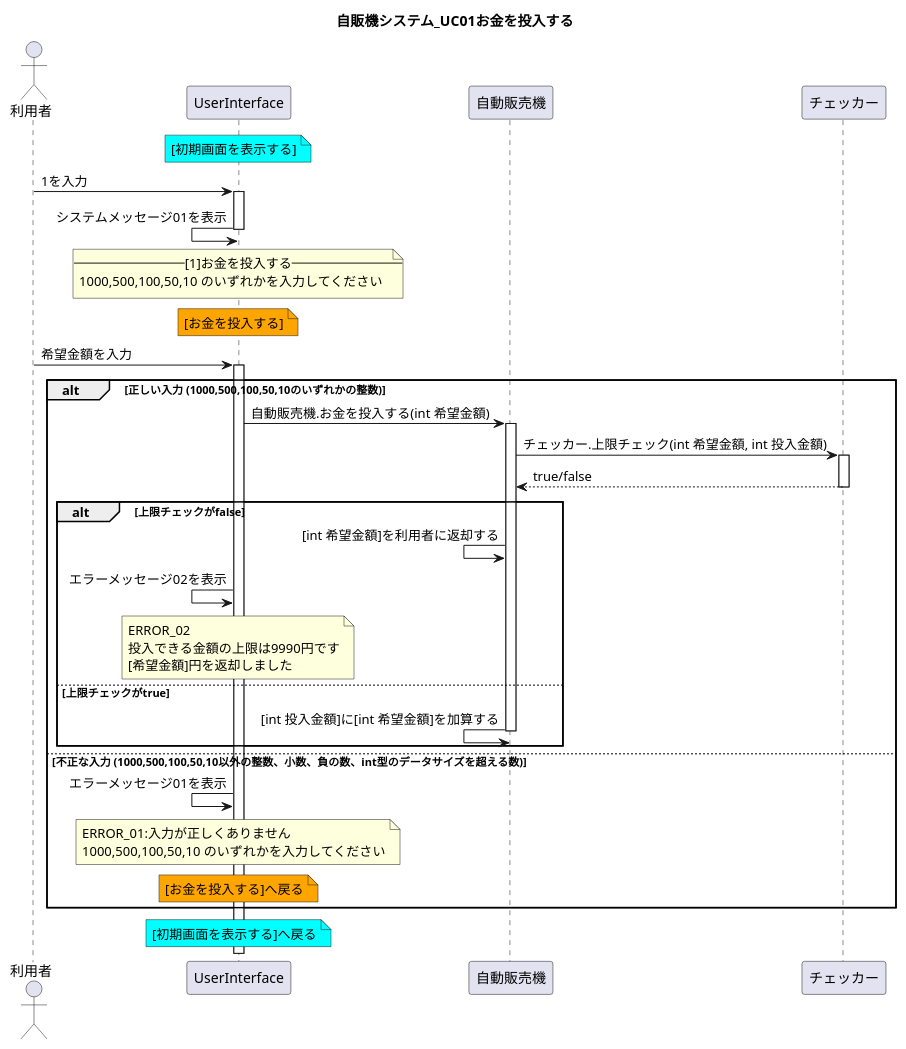
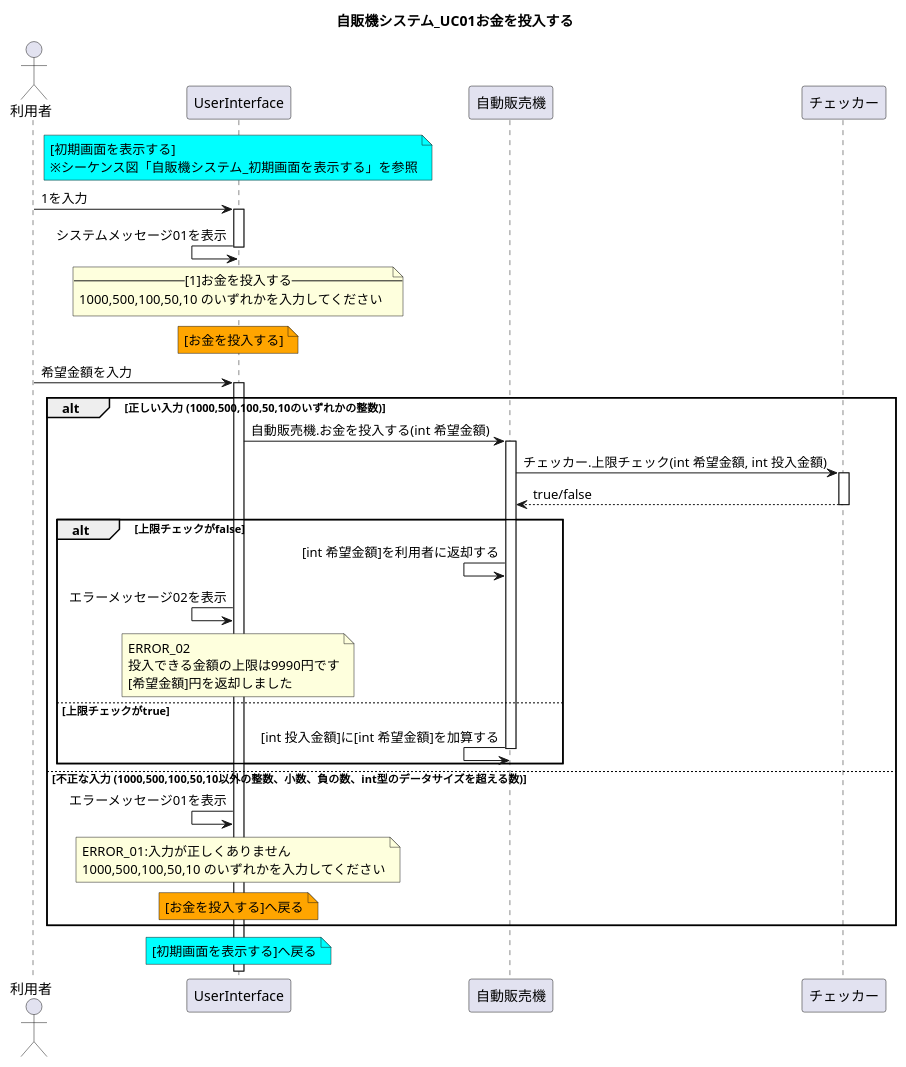
One commit to W-Nakayama-24/VendingMachine_CUI changed the diagram in UML_class_sequence/VendingMachine_sequence01.puml. Above: the diagram before and after it, drawn with PlantUML. The commit also changed 7 other files, not shown here.

First line of the commit message:
FIX classDesign, sequenceDesign

```diff
--- a/UML_class_sequence/VendingMachine_sequence01.puml
+++ b/UML_class_sequence/VendingMachine_sequence01.puml
@@ -1,73 +1,74 @@
 @startuml
 title 自販機システム_UC01お金を投入する
 
 actor 利用者
 note over UserInterface #Cyan
 [初期画面を表示する]
+※シーケンス図「自販機システム_初期画面を表示する」を参照
 end note
 
 利用者 -> UserInterface : 1を入力
 activate UserInterface
 
 
 UserInterface <- UserInterface : システムメッセージ01を表示
     note over UserInterface
     --[1]お金を投入する--
     1000,500,100,50,10 のいずれかを入力してください
     end note
 deactivate UserInterface
 
 
 note over UserInterface #Orange
 [お金を投入する]
 end note
 利用者 -> UserInterface : 希望金額を入力
 '不正な入力はUIの段階で弾いておくべきではないか? 現実の自販機も異物は突っ込めない
 '自分で定めた条件や、sc.nextInt()の例外を拾う
 activate UserInterface
 
 alt 正しい入力 (1000,500,100,50,10のいずれかの整数)
 
 UserInterface -> 自動販売機 : 自動販売機.お金を投入する(int 希望金額)
 activate 自動販売機
 
 
 自動販売機 -> チェッカー : チェッカー.上限チェック(int 希望金額, int 投入金額)
 activate チェッカー
 自動販売機 <-- チェッカー : true/false
 deactivate チェッカー
 
 alt 上限チェックがfalse
 自動販売機 <- 自動販売機 : [int 希望金額]を利用者に返却する
 UserInterface <- UserInterface : エラーメッセージ02を表示
 
     note over UserInterface
     ERROR_02
     投入できる金額の上限は9990円です
     [希望金額]円を返却しました
     end note
 
 else 上限チェックがtrue
 自動販売機 <- 自動販売機 : [int 投入金額]に[int 希望金額]を加算する
 deactivate 自動販売機
 end
 
 
 
 else 不正な入力 (1000,500,100,50,10以外の整数、小数、負の数、int型のデータサイズを超える数)
 UserInterface <- UserInterface : エラーメッセージ01を表示
     note over UserInterface
     ERROR_01:入力が正しくありません
     1000,500,100,50,10 のいずれかを入力してください
     end note
 
     note over UserInterface #Orange
     [お金を投入する]へ戻る
     end note
 end
 
 note over UserInterface #Cyan
 [初期画面を表示する]へ戻る
 end note
 
 @enduml
```
